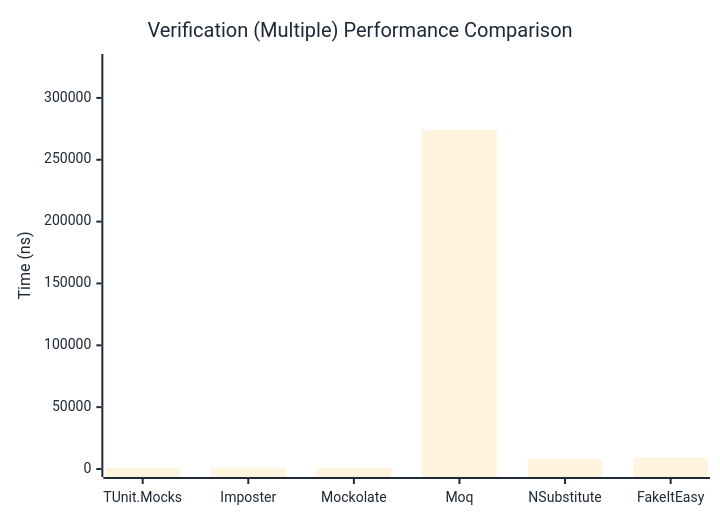
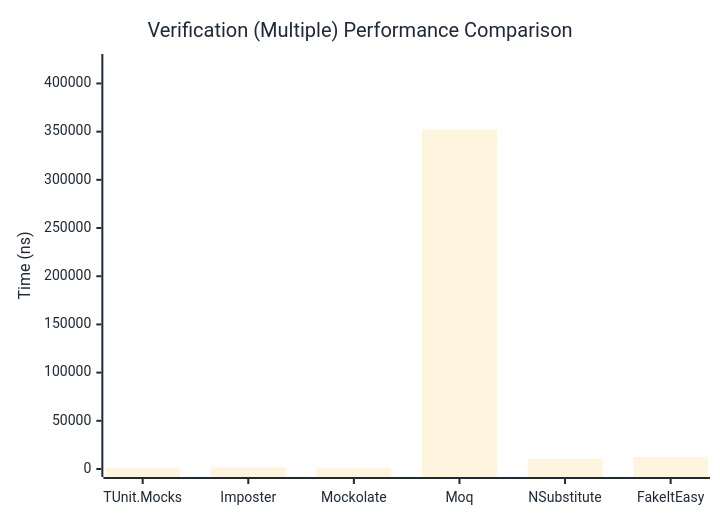
One commit to thomhurst/TUnit changed the third of 3 diagrams in docs/docs/benchmarks/mocks/Verification.md. Above: the diagram before and after it, drawn with Mermaid. The commit also changed other lines of this file and 14 other files, not shown here.

````diff
--- a/docs/docs/benchmarks/mocks/Verification.md
+++ b/docs/docs/benchmarks/mocks/Verification.md
@@ -110,27 +110,27 @@
 ```mermaid
 %%{init: {
   'theme':'base',
   'themeVariables': {
     'primaryColor': '#2563eb',
     'primaryTextColor': '#1f2937',
     'primaryBorderColor': '#1e40af',
     'lineColor': '#6b7280',
     'secondaryColor': '#7c3aed',
     'tertiaryColor': '#dc2626',
     'background': '#ffffff',
     'pie1': '#2563eb',
     'pie2': '#7c3aed',
     'pie3': '#dc2626',
     'pie4': '#f59e0b',
     'pie5': '#10b981',
     'pie6': '#06b6d4',
     'pie7': '#ec4899',
     'pie8': '#6366f1'
   }
 }}%%
 xychart-beta
   title "Verification (Multiple) Performance Comparison"
   x-axis ["TUnit.Mocks", "Imposter", "Mockolate", "Moq", "NSubstitute", "FakeItEasy"]
-  y-axis "Time (ns)" 0 --> 329053
-  bar [919.51, 1349.66, 904.3, 274210.27, 8213.23, 9272.96]
+  y-axis "Time (ns)" 0 --> 422254
+  bar [1200.53, 1836.41, 1266.53, 351877.55, 10598.54, 12434.19]
 ```
````
